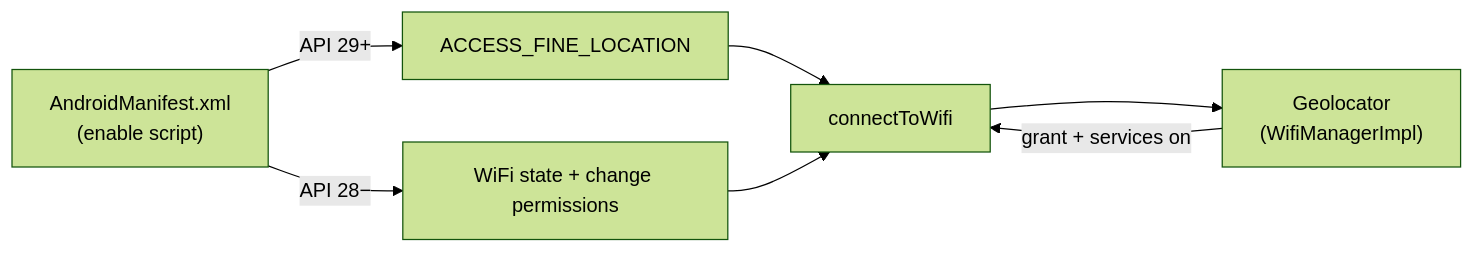
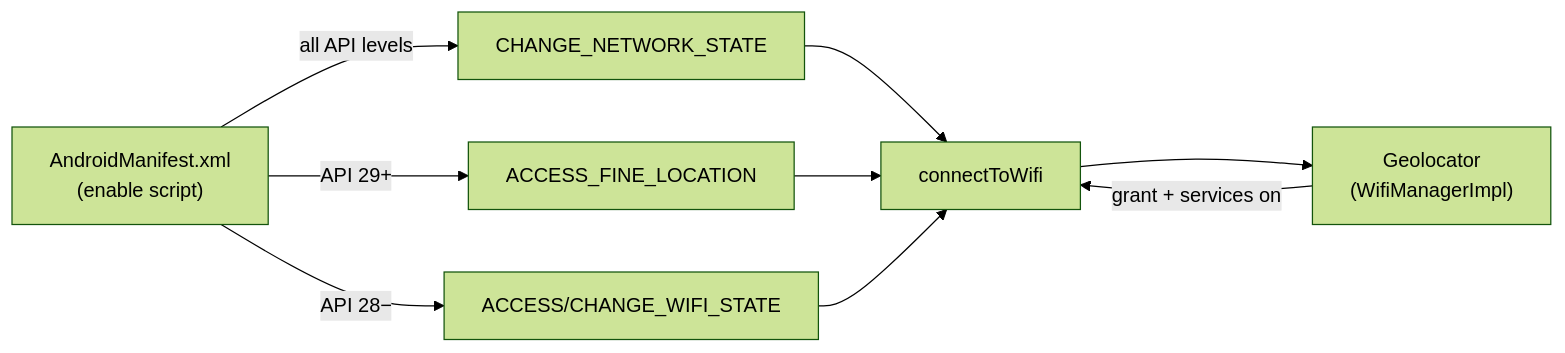
One commit to EnsembleUI/ensemble changed the third of 6 diagrams in modules/ensemble_wifi/README.md. Above: the diagram before and after it, drawn with Mermaid (forest theme). The commit also changed other lines of this file and 4 other files, not shown here.

First line of the commit message:
refactor(wifi): simplify WiFi operations and update permissions

````diff
--- a/modules/ensemble_wifi/README.md
+++ b/modules/ensemble_wifi/README.md
@@ -131,13 +133,15 @@
 ```mermaid
 flowchart LR
   Manifest["AndroidManifest.xml<br/>(enable script)"]
   Runtime["Geolocator<br/>(WifiManagerImpl)"]
   Connect["connectToWifi"]
 
+  Manifest -->|all API levels| NetChange["CHANGE_NETWORK_STATE"]
   Manifest -->|API 29+| LocPerm["ACCESS_FINE_LOCATION"]
-  Manifest -->|API 28−| Legacy["WiFi state + change permissions"]
+  Manifest -->|API 28−| Legacy["ACCESS/CHANGE_WIFI_STATE"]
   Connect --> Runtime
   Runtime -->|grant + services on| Connect
+  NetChange --> Connect
   LocPerm --> Connect
   Legacy --> Connect
 ```
````
